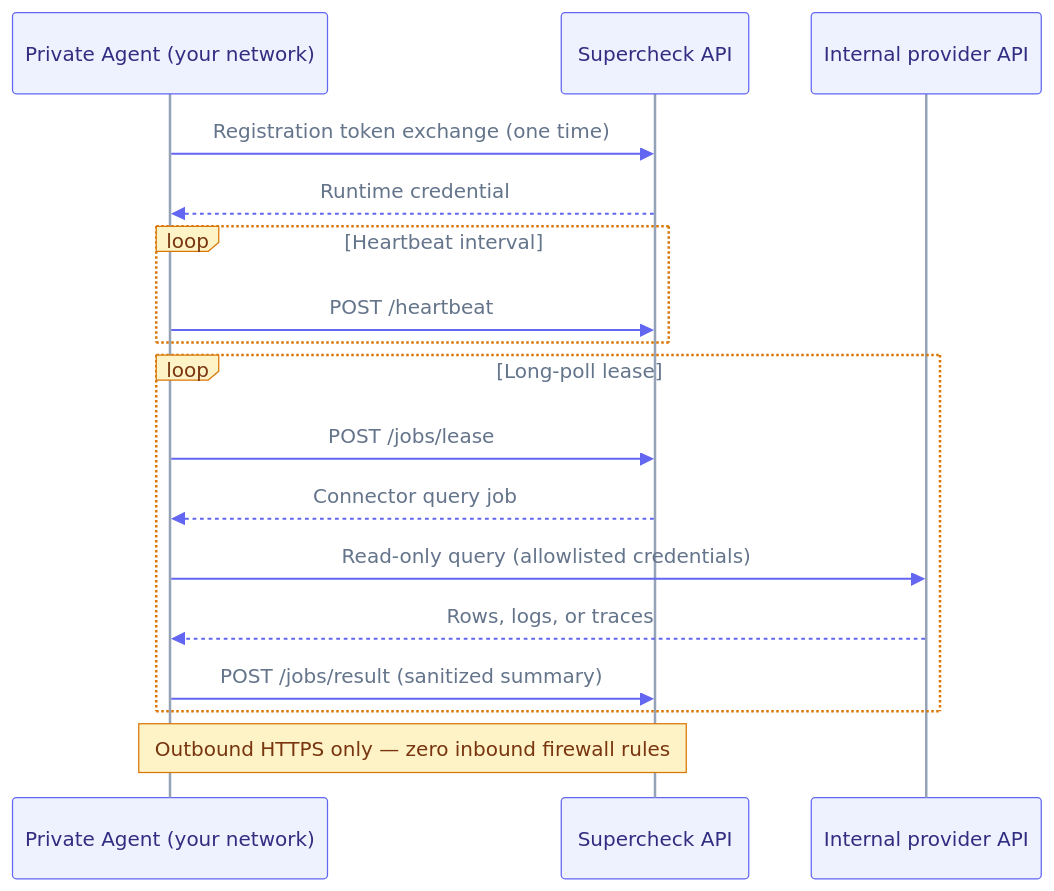
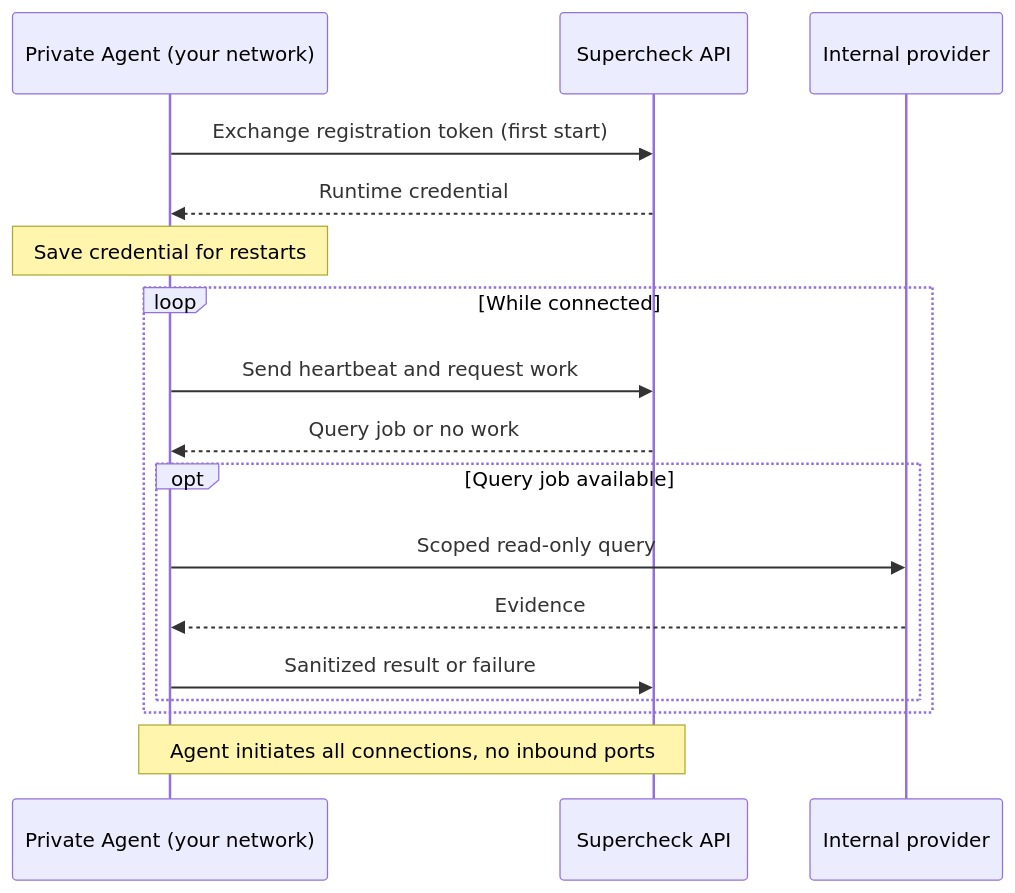
Before and after one commit to supercheck-io/supercheck: the diagram in docs/content/docs/app/deployment/private-agent.mdx, drawn with Mermaid. The commit also changed other lines of this file and 76 other files, not shown here.

````diff
--- a/docs/content/docs/app/deployment/private-agent.mdx
+++ b/docs/content/docs/app/deployment/private-agent.mdx
@@ -42,21 +17,20 @@
 ```mermaid
-%%{init: {"theme":"base","themeVariables":{"fontFamily":"ui-sans-serif, system-ui, -apple-system, Segoe UI, Roboto, sans-serif","actorBkg":"#eef2ff","actorBorder":"#6366f1","actorTextColor":"#312e81","actorLineColor":"#94a3b8","signalColor":"#6366f1","signalTextColor":"#64748b","labelBoxBkgColor":"#fef3c7","labelBoxBorderColor":"#d97706","labelTextColor":"#78350f","loopTextColor":"#64748b","activationBkgColor":"#ddd6fe","activationBorderColor":"#7c3aed","noteBkgColor":"#fef3c7","noteBorderColor":"#d97706","noteTextColor":"#78350f","textColor":"#64748b","lineColor":"#94a3b8","mainBkg":"transparent"}}}%%
 sequenceDiagram
     participant Agent as Private Agent (your network)
     participant API as Supercheck API
-    participant Provider as Internal provider API
+    participant Provider as Internal provider
 
-    Agent->>API: Registration token exchange (one time)
+    Agent->>API: Exchange registration token (first start)
     API-->>Agent: Runtime credential
-    loop Heartbeat interval
-        Agent->>API: POST /heartbeat
+    Note over Agent: Save credential for restarts
+    loop While connected
+        Agent->>API: Send heartbeat and request work
+        API-->>Agent: Query job or no work
+        opt Query job available
+            Agent->>Provider: Scoped read-only query
+            Provider-->>Agent: Evidence
+            Agent->>API: Sanitized result or failure
+        end
     end
-    loop Long-poll lease
-        Agent->>API: POST /jobs/lease
-        API-->>Agent: Connector query job
-        Agent->>Provider: Read-only query (allowlisted credentials)
-        Provider-->>Agent: Rows, logs, or traces
-        Agent->>API: POST /jobs/result (sanitized summary)
-    end
-    Note over Agent,API: Outbound HTTPS only — zero inbound firewall rules
+    Note over Agent,API: Agent initiates all connections, no inbound ports
 ```
````
